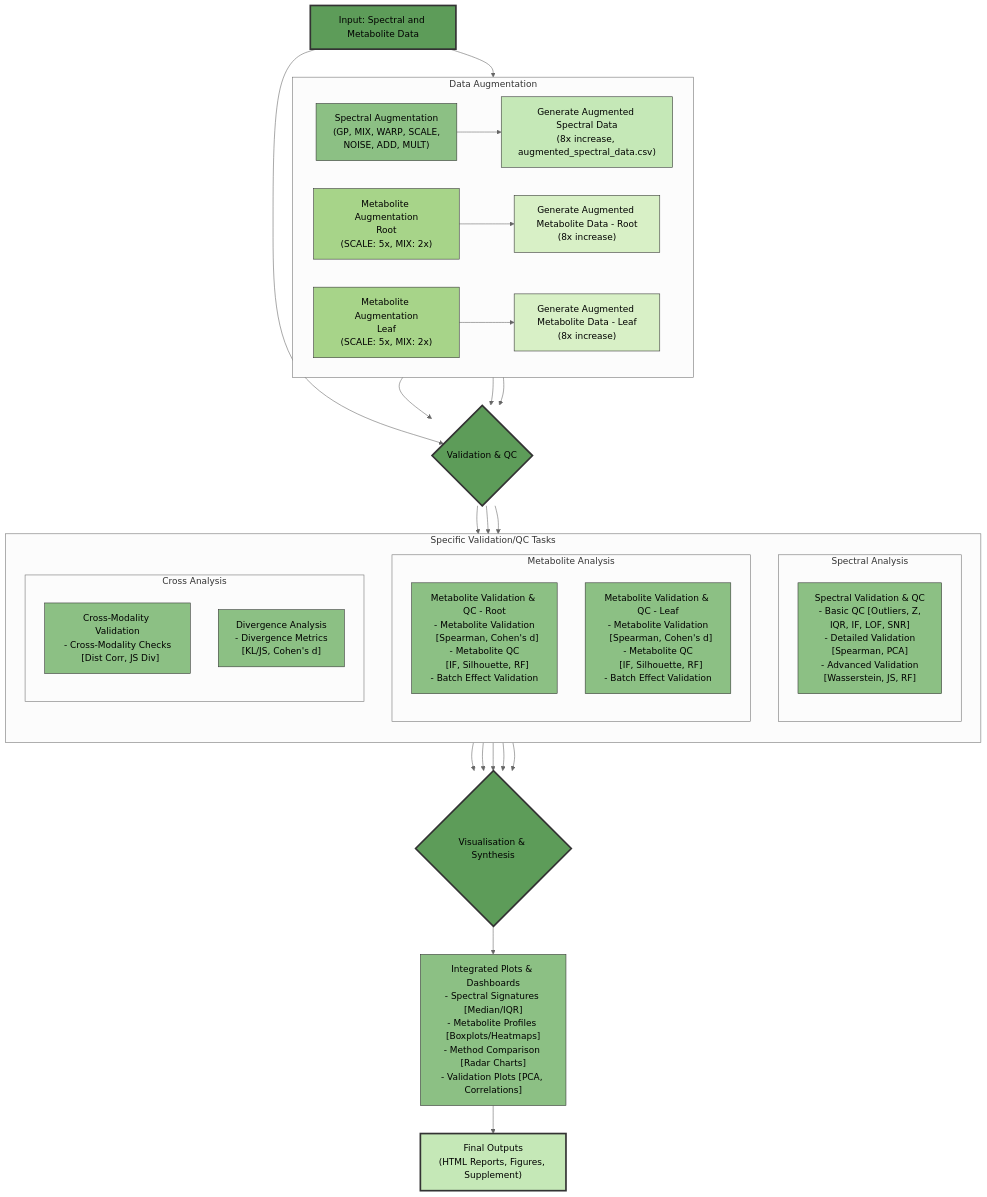
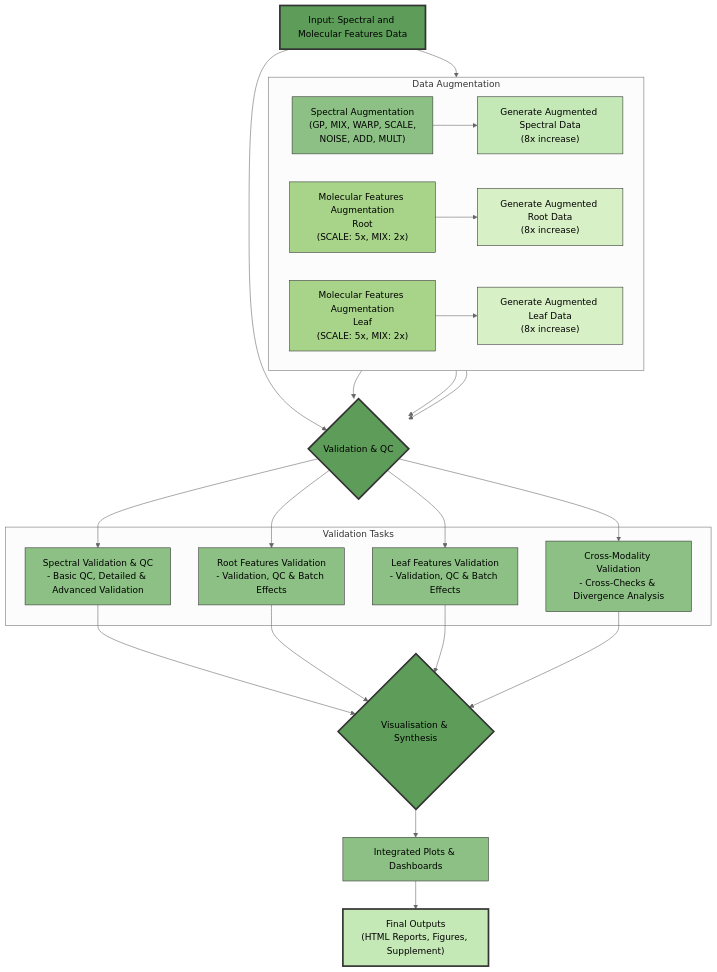
The fourth of 4 diagrams in README.md (shoaibms/mofa_transformer), drawn with Mermaid (neutral theme) before and after one commit. The commit also changed other lines of this file, not shown here.

````diff
--- a/README.md
+++ b/README.md
@@ -333,17 +342,17 @@
 ```mermaid
 flowchart TB
     %% Main Input
-    A["Input: Spectral and Metabolite Data"]:::inputStyle
+    A["Input: Spectral and Molecular Features Data"]:::inputStyle
     
     %% Data Augmentation Blocks
     subgraph DataAug["Data Augmentation"]
         direction LR
         B["Spectral Augmentation\n(GP, MIX, WARP, SCALE,\nNOISE, ADD, MULT)"]:::spectralStyle
-        C["Metabolite Augmentation\nRoot\n(SCALE: 5x, MIX: 2x)"]:::metaStyle
-        D["Metabolite Augmentation\nLeaf\n(SCALE: 5x, MIX: 2x)"]:::metaStyle
-        BA["Generate Augmented Spectral Data\n(8x increase, augmented_spectral_data.csv)"]:::lightSpectralStyle
-        CA["Generate Augmented Metabolite Data - Root\n(8x increase)"]:::lightMetaStyle
-        DA["Generate Augmented Metabolite Data - Leaf\n(8x increase)"]:::lightMetaStyle
+        C["Molecular Features Augmentation\nRoot\n(SCALE: 5x, MIX: 2x)"]:::metaStyle
+        D["Molecular Features Augmentation\nLeaf\n(SCALE: 5x, MIX: 2x)"]:::metaStyle
+        BA["Generate Augmented Spectral Data\n(8x increase)"]:::lightSpectralStyle
+        CA["Generate Augmented Root Data\n(8x increase)"]:::lightMetaStyle
+        DA["Generate Augmented Leaf Data\n(8x increase)"]:::lightMetaStyle
         
         B --> BA
         C --> CA
@@ -353,30 +362,17 @@
     %% Validation Block
     E{"Validation & QC"}:::validationStyle
     
-    %% Specific Validation Tasks - ONLY THIS SECTION HAS ADDITIONAL LINE BREAKS
-    subgraph SpecificTasks["Specific Validation/QC Tasks"]
-        direction TB
-        subgraph Spectral["Spectral Analysis"]
-            direction TB
-            F["Spectral Validation & QC\n- Basic QC [Outliers, Z,\n  IQR, IF, LOF, SNR]\n- Detailed Validation\n  [Spearman, PCA]\n- Advanced Validation\n  [Wasserstein, JS, RF]"]:::taskStyle
-        end
-        
-        subgraph Metabolite["Metabolite Analysis"]
-            direction TB
-            G["Metabolite Validation & QC - Root\n- Metabolite Validation\n  [Spearman, Cohen's d]\n- Metabolite QC\n  [IF, Silhouette, RF]\n- Batch Effect Validation"]:::taskStyle
-            H["Metabolite Validation & QC - Leaf\n- Metabolite Validation\n  [Spearman, Cohen's d]\n- Metabolite QC\n  [IF, Silhouette, RF]\n- Batch Effect Validation"]:::taskStyle
-        end
-        
-        subgraph CrossAnalysis["Cross Analysis"]
-            direction TB
-            I["Cross-Modality Validation\n- Cross-Modality Checks\n  [Dist Corr, JS Div]"]:::taskStyle
-            J["Divergence Analysis\n- Divergence Metrics\n  [KL/JS, Cohen's d]"]:::taskStyle
-        end
+    %% Specific Validation Tasks with simplified structure
+    subgraph SpecificTasks["Validation Tasks"]
+        F["Spectral Validation & QC\n- Basic QC, Detailed & Advanced Validation"]:::taskStyle
+        G["Root Features Validation\n- Validation, QC & Batch Effects"]:::taskStyle
+        H["Leaf Features Validation\n- Validation, QC & Batch Effects"]:::taskStyle
+        I["Cross-Modality Validation\n- Cross-Checks & Divergence Analysis"]:::taskStyle
     end
     
     %% Visualisation & Reporting
     K{"Visualisation & Synthesis"}:::vizStyle
-    L["Integrated Plots & Dashboards\n- Spectral Signatures [Median/IQR]\n- Metabolite Profiles [Boxplots/Heatmaps]\n- Method Comparison [Radar Charts]\n- Validation Plots [PCA, Correlations]"]:::taskStyle
+    L["Integrated Plots & Dashboards"]:::taskStyle
     M["Final Outputs\n(HTML Reports, Figures, Supplement)"]:::reportStyle
     
     %% Main Connections
@@ -389,16 +385,16 @@
     DA --> E
     
     %% Validation to Specific Tasks
-    E --> Spectral
-    E --> Metabolite
-    E --> CrossAnalysis
+    E --> F
+    E --> G
+    E --> H
+    E --> I
     
     %% Specific Tasks to Visualisation
     F --> K
     G --> K
     H --> K
     I --> K
-    J --> K
     
     %% Visualisation to Reporting
     K --> L
@@ -411,7 +407,7 @@
     classDef lightSpectralStyle fill:#c5e8b7,stroke:#333,stroke-width:1px
     classDef lightMetaStyle fill:#d8f0c6,stroke:#333,stroke-width:1px
     classDef validationStyle fill:#5d9c59,stroke:#333,stroke-width:3px
-    classDef taskStyle fill:#8cc084, stroke:#333,stroke-width:1px
+    classDef taskStyle fill:#8cc084,stroke:#333,stroke-width:1px
     classDef vizStyle fill:#5d9c59,stroke:#333,stroke-width:3px
     classDef reportStyle fill:#c5e8b7,stroke:#333,stroke-width:3px
     classDef outputStyle fill:#e7f5d9,stroke:#333,stroke-width:1px
````
